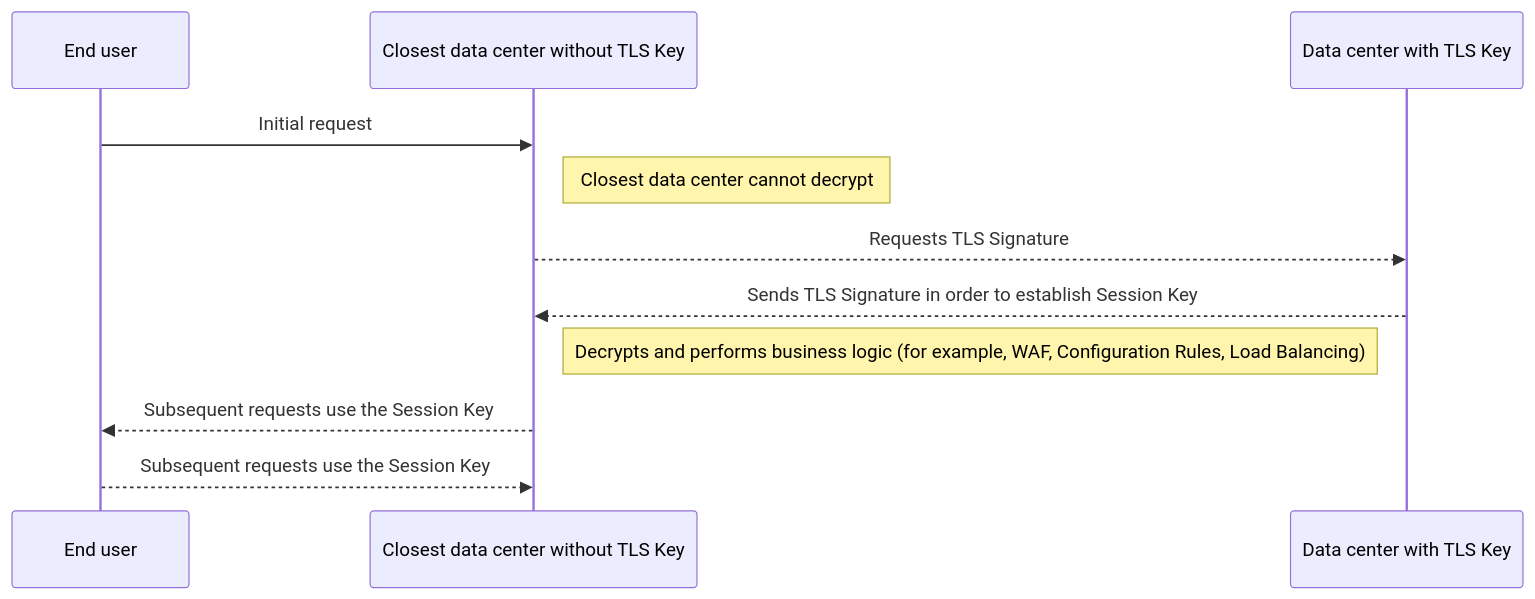
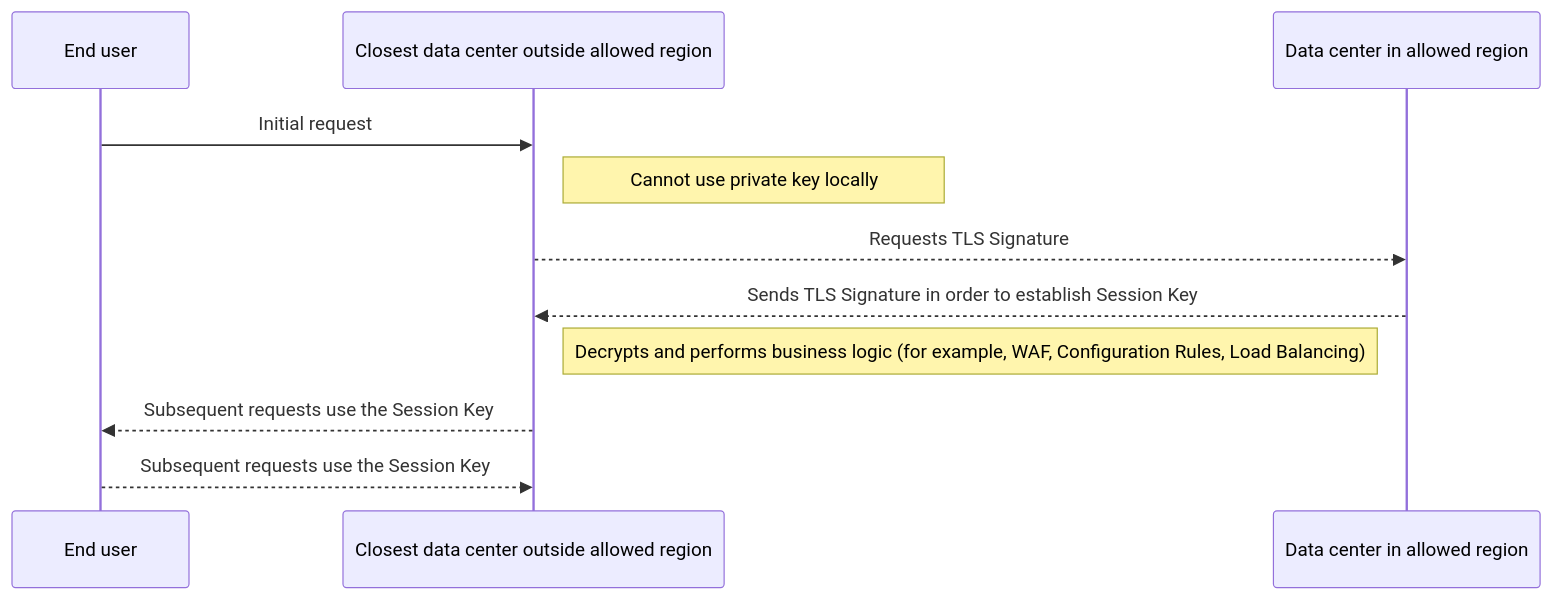
One commit to cloudflare/cloudflare-docs changed the diagram in src/content/docs/data-localization/geo-key-manager.mdx. Above: the diagram before and after it, drawn with Mermaid. The commit also changed other lines of this file and 7 other files, not shown here.

````diff
--- a/src/content/docs/data-localization/geo-key-manager.mdx
+++ b/src/content/docs/data-localization/geo-key-manager.mdx
@@ -31,14 +31,14 @@
 ```mermaid
 sequenceDiagram
     participant User as End user
-    participant CloudflarePoP as Closest data center without TLS Key
-    participant CloudflarePoPwTLS as Data center with TLS Key
+    participant CloudflarePoP as Closest data center outside allowed region
+    participant CloudflarePoPwTLS as Data center in allowed region
 
     User->>CloudflarePoP: Initial request
-    Note right of CloudflarePoP: Closest data center cannot decrypt
+    Note right of CloudflarePoP: Cannot use private key locally
     CloudflarePoP-->>CloudflarePoPwTLS: Requests TLS Signature
     CloudflarePoPwTLS-->>CloudflarePoP: Sends TLS Signature in order to establish Session Key
     Note right of CloudflarePoP: Decrypts and performs business logic (for example, WAF, Configuration Rules, Load Balancing)
     CloudflarePoP-->>User: Subsequent requests use the Session Key
     User-->>CloudflarePoP: Subsequent requests use the Session Key
 ```
````
